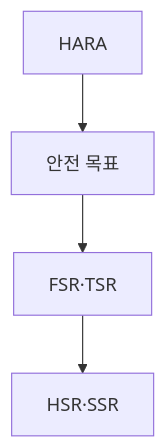
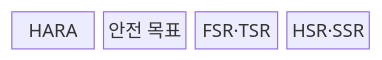
Before and after one commit to agnusdei1207/knowledge-base: the first of 2 diagrams in src/content/docs/notes/03-software/078_functional_safety_iso_26262_asil.md, drawn with Mermaid. The commit also changed other lines of this file and 20 other files, not shown here.

````diff
--- a/src/content/docs/notes/03-software/078_functional_safety_iso_26262_asil.md
+++ b/src/content/docs/notes/03-software/078_functional_safety_iso_26262_asil.md
@@ -67,6 +65,8 @@
 ```mermaid
-flowchart TD
-    H["HARA"] --> G["안전 목표"]
-    G --> F["FSR·TSR"]
-    F --> D["HSR·SSR"]
+block
+  columns 4
+  H["HARA"]
+  G["안전 목표"]
+  F["FSR·TSR"]
+  D["HSR·SSR"]
 ```
````
